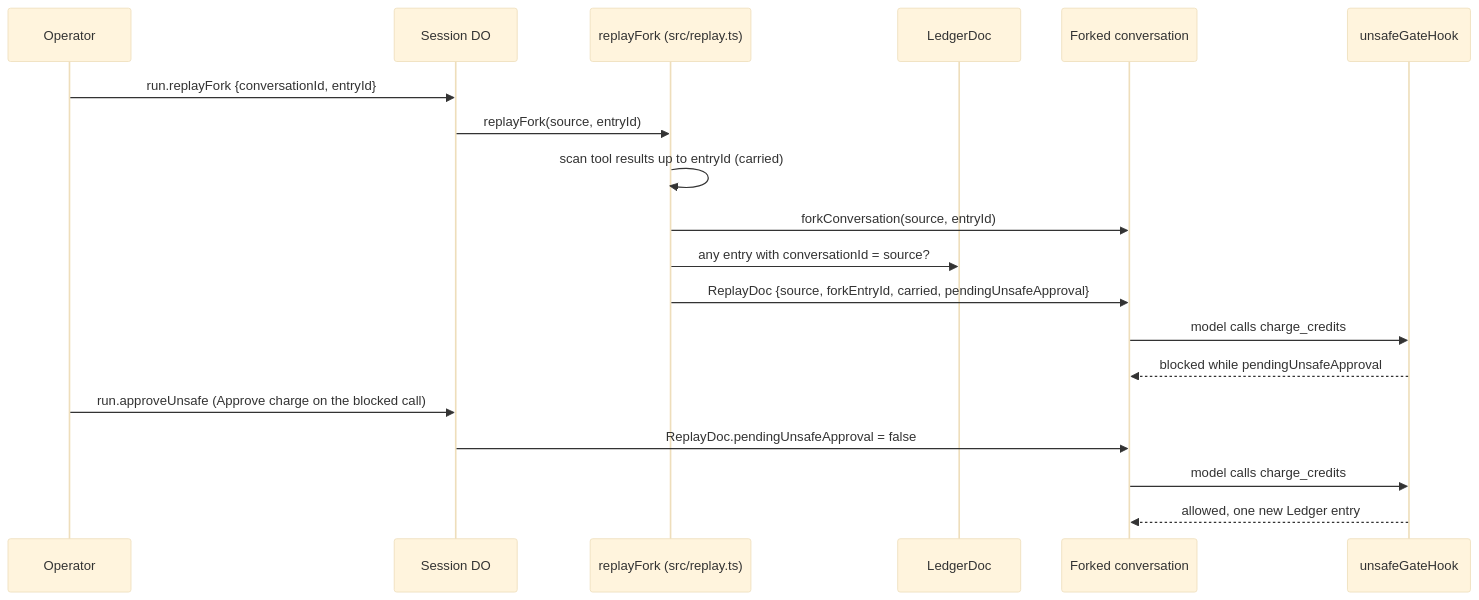
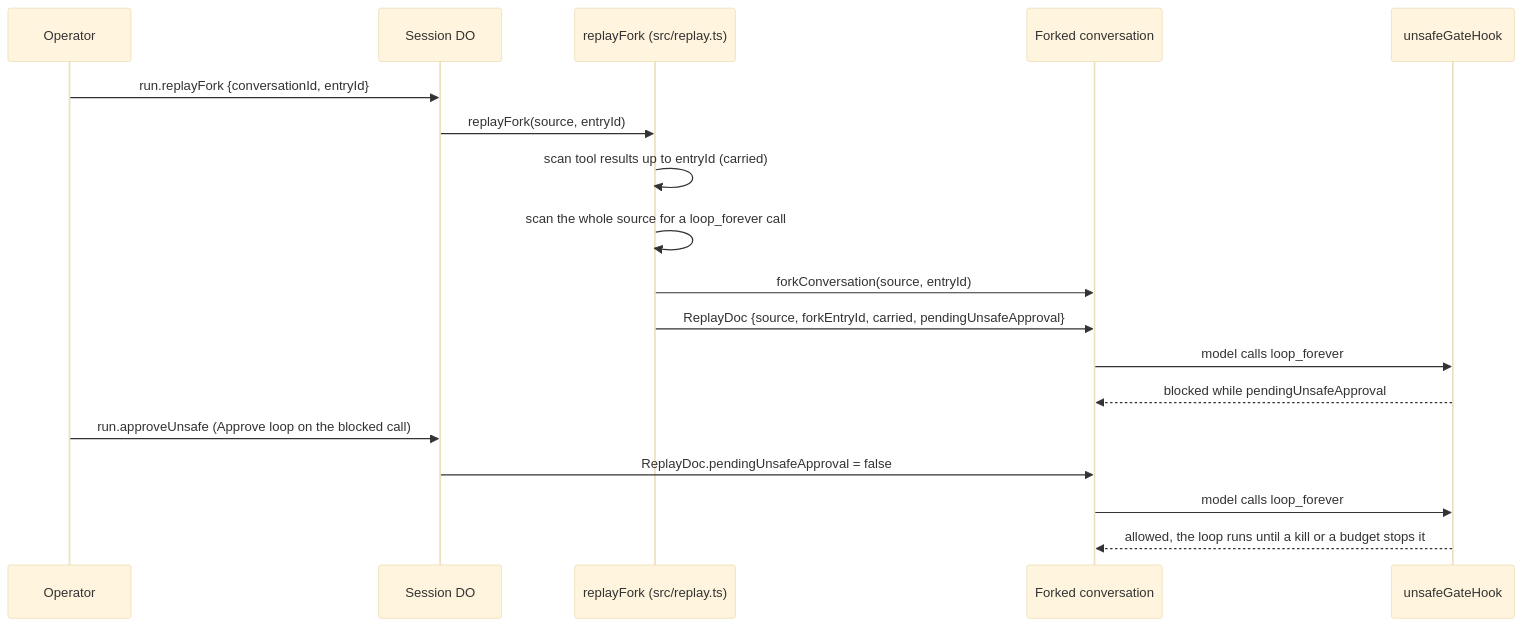
The fifth of 6 diagrams in SPEC.md (hung-ngm/pi-durable-replay), drawn with Mermaid (base theme) before and after one commit. The commit also changed other lines of this file and 4 other files, not shown here.

````diff
--- a/SPEC.md
+++ b/SPEC.md
@@ -202,21 +185,20 @@
 ```mermaid
 sequenceDiagram
   participant Op as Operator
   participant S as Session DO
   participant R as replayFork (src/replay.ts)
-  participant L as LedgerDoc
   participant F as Forked conversation
   participant Gate as unsafeGateHook
   Op->>S: run.replayFork {conversationId, entryId}
   S->>R: replayFork(source, entryId)
   R->>R: scan tool results up to entryId (carried)
+  R->>R: scan the whole source for a loop_forever call
   R->>F: forkConversation(source, entryId)
-  R->>L: any entry with conversationId = source?
   R->>F: ReplayDoc {source, forkEntryId, carried, pendingUnsafeApproval}
-  F->>Gate: model calls charge_credits
+  F->>Gate: model calls loop_forever
   Gate-->>F: blocked while pendingUnsafeApproval
-  Op->>S: run.approveUnsafe (Approve charge on the blocked call)
+  Op->>S: run.approveUnsafe (Approve loop on the blocked call)
   S->>F: ReplayDoc.pendingUnsafeApproval = false
-  F->>Gate: model calls charge_credits
-  Gate-->>F: allowed, one new Ledger entry
+  F->>Gate: model calls loop_forever
+  Gate-->>F: allowed, the loop runs until a kill or a budget stops it
 ```
````
